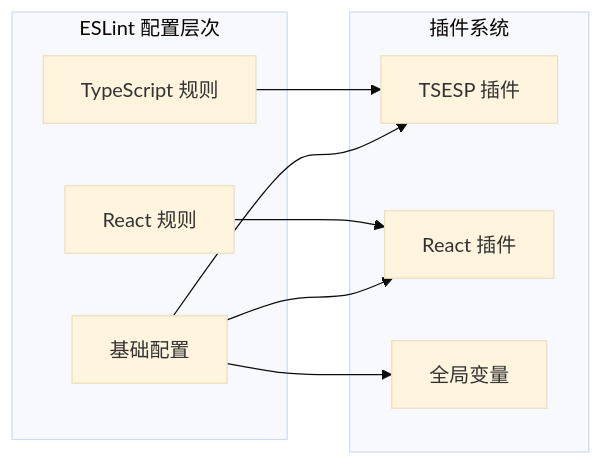
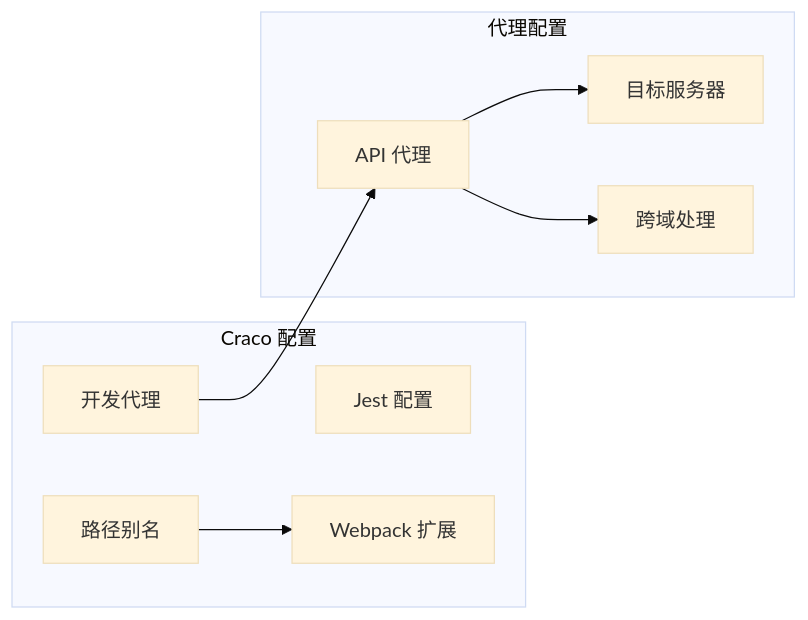
One commit to kkxxll/reactNext changed the third of 16 diagrams in .qoder/repowiki/zh/content/项目结构/项目结构.md. Above: the diagram before and after it, drawn with Mermaid (base theme). The commit also changed other lines of this file and 12 other files, not shown here.

````diff
--- a/.qoder/repowiki/zh/content/项目结构/项目结构.md
+++ b/.qoder/repowiki/zh/content/项目结构/项目结构.md
@@ -142,18 +171,18 @@
 ```mermaid
 graph LR
-subgraph "ESLint 配置层次"
-Base[基础配置]
-TS[TypeScript 规则]
-React[React 规则]
+subgraph "Craco 配置"
+Alias[路径别名]
+Proxy[开发代理]
+Jest[Jest 配置]
+Webpack[Webpack 扩展]
 end
-subgraph "插件系统"
-TSESP[TSESP 插件]
-ReactPlugin[React 插件]
-Globals[全局变量]
+subgraph "代理配置"
+API[API 代理]
+Target[目标服务器]
+Origin[跨域处理]
 end
-Base --> TSESP
-Base --> ReactPlugin
-Base --> Globals
-TS --> TSESP
-React --> ReactPlugin
+Alias --> Webpack
+Proxy --> API
+API --> Target
+API --> Origin
 ```
````
